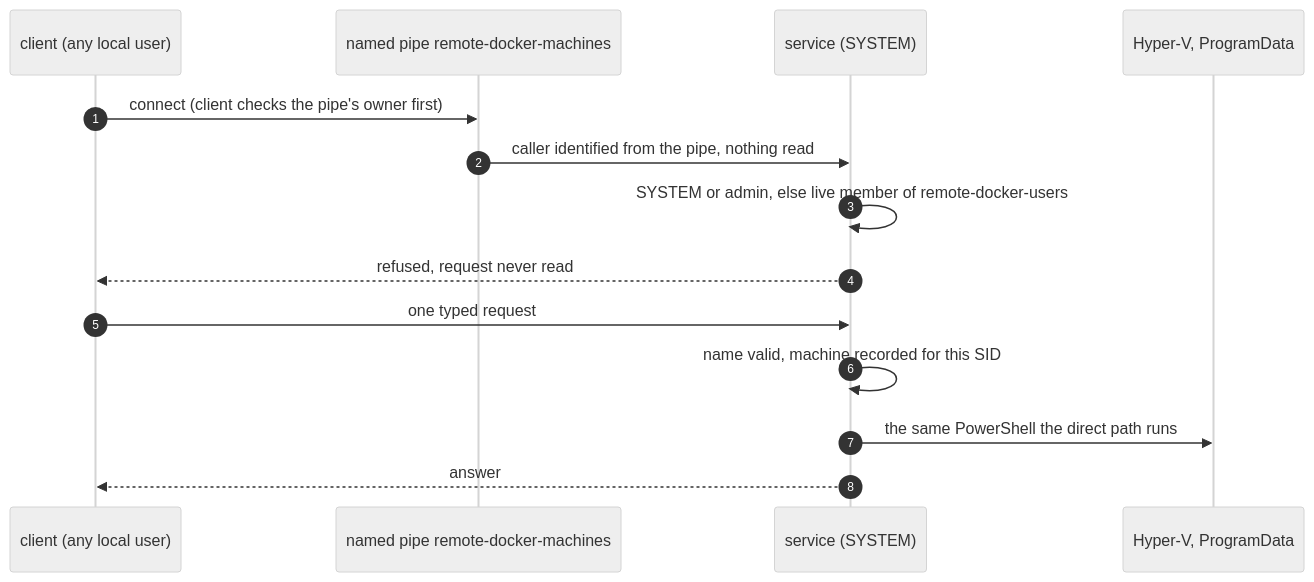
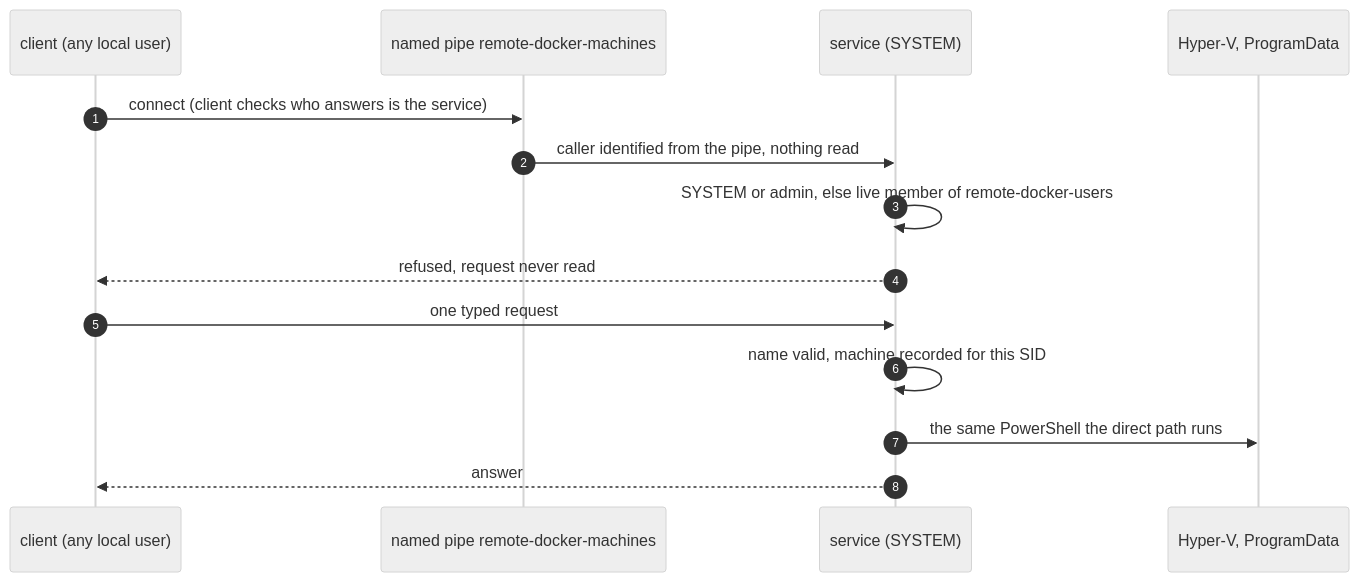
Before and after one commit to lhns/remote-docker: diagram 16 of 16 in docs/threat-model.md, drawn with Mermaid (neutral theme). The commit also changed other lines of this file and 11 other files, not shown here.

````diff
--- a/docs/threat-model.md
+++ b/docs/threat-model.md
@@ -1401,17 +1401,17 @@
 ```mermaid
 sequenceDiagram
     autonumber
     participant C as client (any local user)
     participant P as named pipe remote-docker-machines
     participant S as service (SYSTEM)
     participant H as Hyper-V, ProgramData
 
-    C->>P: connect (client checks the pipe's owner first)
+    C->>P: connect (client checks who answers is the service)
     P->>S: caller identified from the pipe, nothing read
     S->>S: SYSTEM or admin, else live member of remote-docker-users
     S-->>C: refused, request never read
     C->>S: one typed request
     S->>S: name valid, machine recorded for this SID
     S->>H: the same PowerShell the direct path runs
     S-->>C: answer
 ```
````
